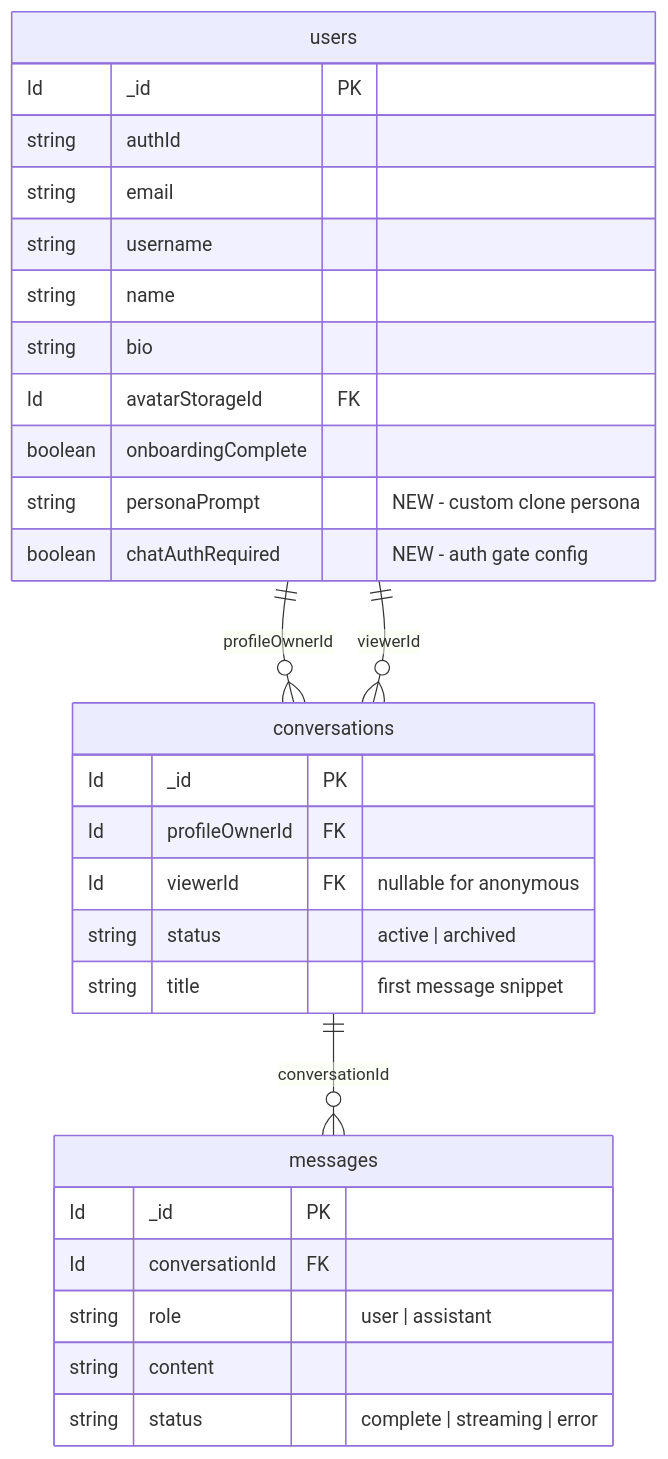
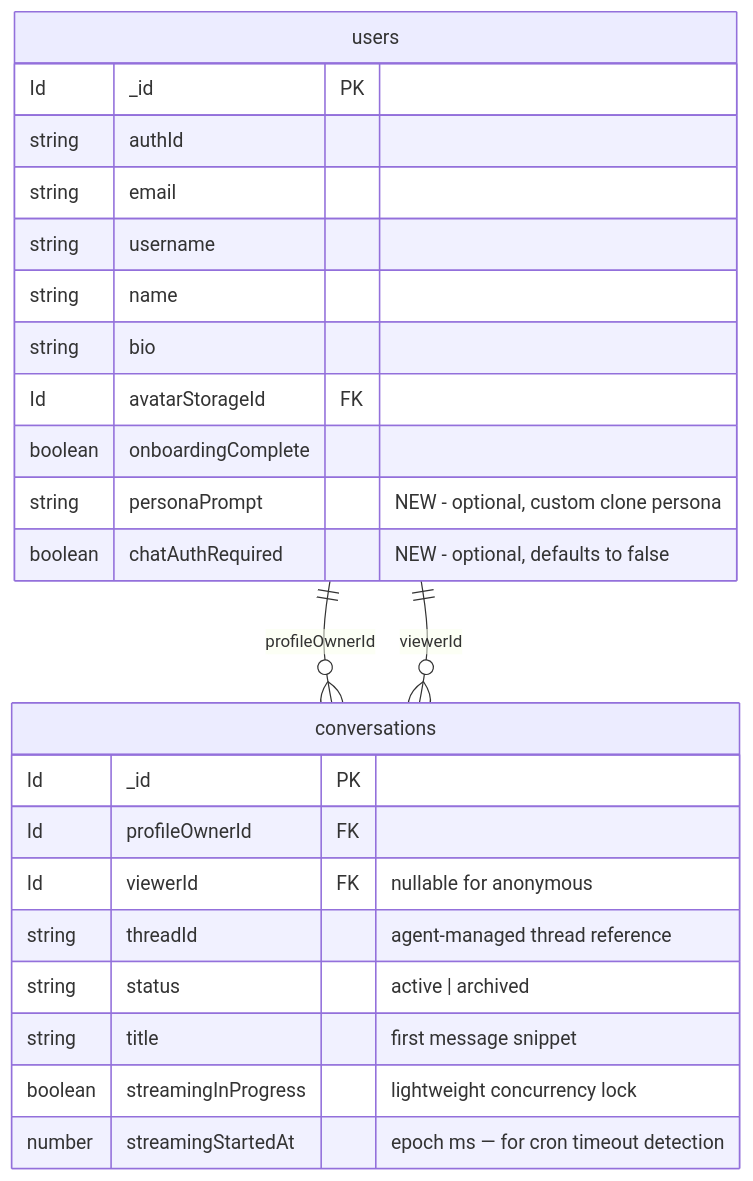
Before and after one commit to hpark0011/feel-good: the diagram in docs/plans/2026-02-28-feat-chat-thread-digital-clone-plan.md, drawn with Mermaid. The commit also changed other lines of this file and 1338 other files, not shown here.

First line of the commit message:
feat(convex): chat backend schema and dependencies (FG_036) (#182)

````diff
--- a/docs/plans/2026-02-28-feat-chat-thread-digital-clone-plan.md
+++ b/docs/plans/2026-02-28-feat-chat-thread-digital-clone-plan.md
@@ -60,32 +60,27 @@
 ```mermaid
 erDiagram
     users {
         Id _id PK
         string authId
         string email
         string username
         string name
         string bio
         Id avatarStorageId FK
         boolean onboardingComplete
-        string personaPrompt "NEW - custom clone persona"
-        boolean chatAuthRequired "NEW - auth gate config"
+        string personaPrompt "NEW - optional, custom clone persona"
+        boolean chatAuthRequired "NEW - optional, defaults to false"
     }
     conversations {
         Id _id PK
         Id profileOwnerId FK
         Id viewerId FK "nullable for anonymous"
+        string threadId "agent-managed thread reference"
         string status "active | archived"
         string title "first message snippet"
-    }
-    messages {
-        Id _id PK
-        Id conversationId FK
-        string role "user | assistant"
-        string content
-        string status "complete | streaming | error"
+        boolean streamingInProgress "lightweight concurrency lock"
+        number streamingStartedAt "epoch ms — for cron timeout detection"
     }
     users ||--o{ conversations : "profileOwnerId"
     users ||--o{ conversations : "viewerId"
-    conversations ||--o{ messages : "conversationId"
 ```
````
